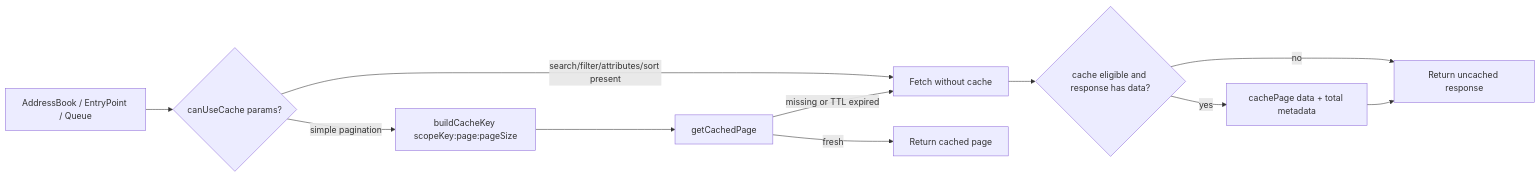
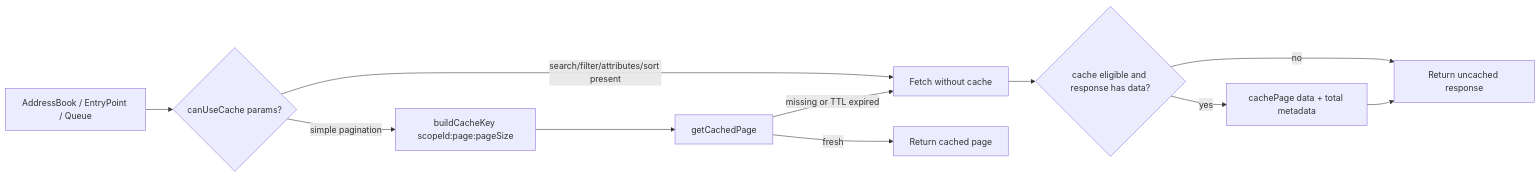
Before and after one commit to webex/webex-js-sdk: the first of 6 diagrams in packages/@webex/contact-center/src/utils/ai-docs/utils-spec.md, drawn with Mermaid. The commit also changed other lines of this file and 32 other files, not shown here.

````diff
--- a/packages/@webex/contact-center/src/utils/ai-docs/utils-spec.md
+++ b/packages/@webex/contact-center/src/utils/ai-docs/utils-spec.md
@@ -117,13 +117,13 @@
 ```mermaid
 flowchart LR
   Service[AddressBook / EntryPoint / Queue] --> Eligible{canUseCache params?}
   Eligible -->|search/filter/attributes/sort present| Backend[Fetch without cache]
-  Eligible -->|simple pagination| Key[buildCacheKey scopeKey:page:pageSize]
+  Eligible -->|simple pagination| Key[buildCacheKey scopeId:page:pageSize]
   Key --> Lookup[getCachedPage]
   Lookup -->|fresh| Hit[Return cached page]
   Lookup -->|missing or TTL expired| Backend
   Backend --> Fetched{cache eligible and response has data?}
   Fetched -->|yes| Store[cachePage data + total metadata]
   Fetched -->|no| Result[Return uncached response]
   Store --> Result
 ```
````
